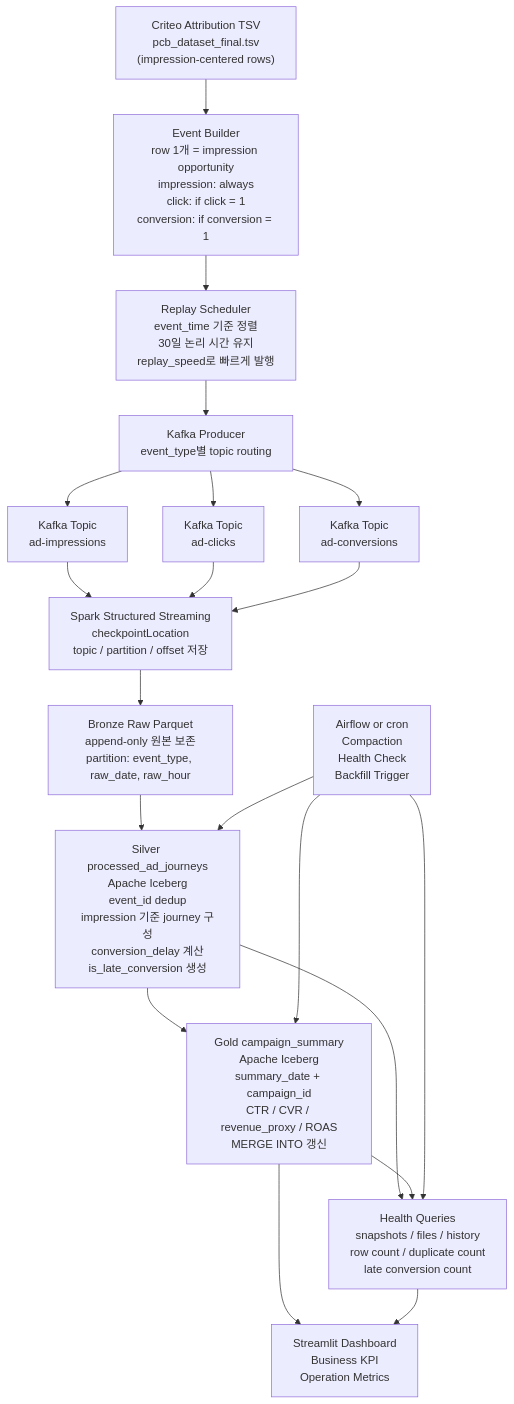
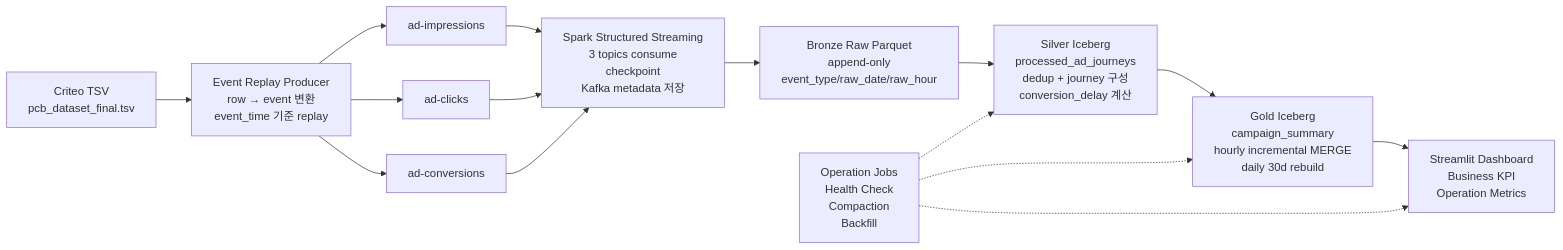
Before and after one commit to Manjoooo/metacode_task_minju: the diagram in README.md, drawn with Mermaid. The commit also changed other lines of this file, not shown here.

````diff
--- a/README.md
+++ b/README.md
@@ -333,44 +333,17 @@
 ```mermaid
-flowchart TD
-    A["Criteo Attribution TSV<br/>pcb_dataset_final.tsv<br/>(impression-centered rows)"]
-
-    B["Event Builder<br/>row 1개 = impression opportunity<br/>impression: always<br/>click: if click = 1<br/>conversion: if conversion = 1"]
-
-    C["Replay Scheduler<br/>event_time 기준 정렬<br/>30일 논리 시간 유지<br/>replay_speed로 빠르게 발행"]
-
-    D["Kafka Producer<br/>event_type별 topic routing"]
-
-    K1["Kafka Topic<br/>ad-impressions"]
-    K2["Kafka Topic<br/>ad-clicks"]
-    K3["Kafka Topic<br/>ad-conversions"]
-
-    S["Spark Structured Streaming<br/>checkpointLocation<br/>topic / partition / offset 저장"]
-
-    BR["Bronze Raw Parquet<br/>append-only 원본 보존<br/>partition: event_type, raw_date, raw_hour"]
-
-    SI["Silver processed_ad_journeys<br/>Apache Iceberg<br/>event_id dedup<br/>impression 기준 journey 구성<br/>conversion_delay 계산<br/>is_late_conversion 생성"]
-
-    GO["Gold campaign_summary<br/>Apache Iceberg<br/>summary_date + campaign_id<br/>CTR / CVR / revenue_proxy / ROAS<br/>MERGE INTO 갱신"]
-
-    H["Health Queries<br/>snapshots / files / history<br/>row count / duplicate count<br/>late conversion count"]
-
-    DB["Streamlit Dashboard<br/>Business KPI<br/>Operation Metrics"]
-
-    OR["Airflow or cron<br/>Compaction<br/>Health Check<br/>Backfill Trigger"]
-
-    A --> B --> C --> D
-    D --> K1
-    D --> K2
-    D --> K3
-    K1 --> S
-    K2 --> S
-    K3 --> S
-    S --> BR --> SI --> GO
-    SI --> H
-    GO --> H
-    GO --> DB
-    H --> DB
-    OR --> SI
-    OR --> GO
-    OR --> H
+flowchart LR
+    A["Criteo TSV<br/>pcb_dataset_final.tsv"] --> B["Event Replay Producer<br/>row → event 변환<br/>event_time 기준 replay"]
+    B --> C1["ad-impressions"]
+    B --> C2["ad-clicks"]
+    B --> C3["ad-conversions"]
+    C1 --> D["Spark Structured Streaming<br/>3 topics consume<br/>checkpoint<br/>Kafka metadata 저장"]
+    C2 --> D
+    C3 --> D
+    D --> E["Bronze Raw Parquet<br/>append-only<br/>event_type/raw_date/raw_hour"]
+    E --> F["Silver Iceberg<br/>processed_ad_journeys<br/>dedup + journey 구성<br/>conversion_delay 계산"]
+    F --> G["Gold Iceberg<br/>campaign_summary<br/>hourly incremental MERGE<br/>daily 30d rebuild"]
+    G --> H["Streamlit Dashboard<br/>Business KPI<br/>Operation Metrics"]
+    I["Operation Jobs<br/>Health Check<br/>Compaction<br/>Backfill"] -.-> F
+    I -.-> G
+    I -.-> H
 ```
````
